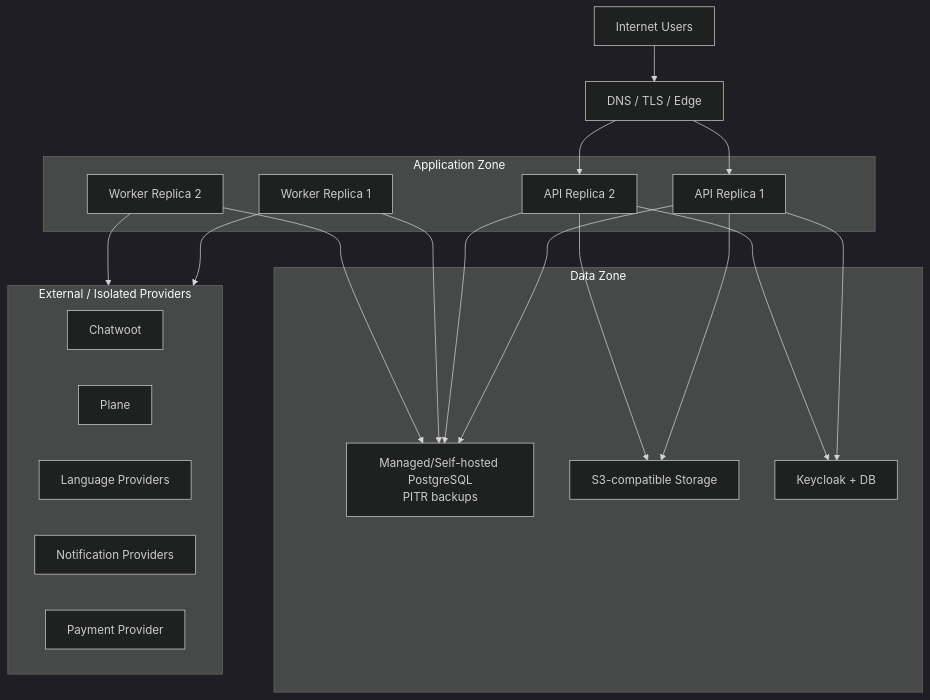
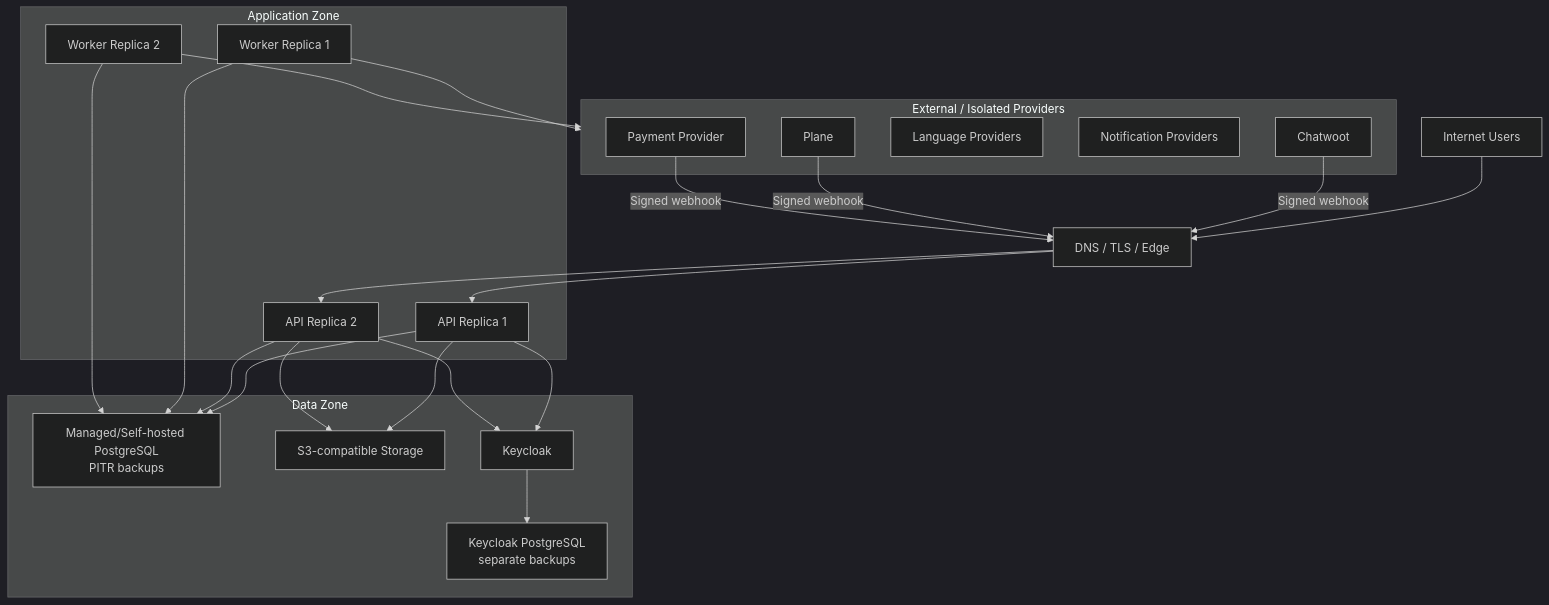
Before and after one commit to DIGITALATOM1/CIFEDRA: the tenth of 10 diagrams in knowledge/system/cifedra-hld.md, drawn with Mermaid (dark theme). The commit also changed other lines of this file and 10 other files, not shown here.

Commit message:
Approve data and service architecture

````diff
--- a/knowledge/system/cifedra-hld.md
+++ b/knowledge/system/cifedra-hld.md
@@ -904,40 +986,45 @@
 ```mermaid
 flowchart TB
   Users["Internet Users"]
   DNS["DNS / TLS / Edge"]
 
   subgraph AppZone["Application Zone"]
     API1["API Replica 1"]
     API2["API Replica 2"]
     Worker1["Worker Replica 1"]
     Worker2["Worker Replica 2"]
   end
 
   subgraph DataZone["Data Zone"]
     PG["Managed/Self-hosted PostgreSQL<br/>PITR backups"]
     Media["S3-compatible Storage"]
-    Keycloak["Keycloak + DB"]
+    Keycloak["Keycloak"]
+    KeycloakDB["Keycloak PostgreSQL<br/>separate backups"]
   end
 
   subgraph External["External / Isolated Providers"]
     Chatwoot["Chatwoot"]
     Plane["Plane"]
     Language["Language Providers"]
     Notify["Notification Providers"]
     Payment["Payment Provider"]
   end
 
   Users --> DNS
   DNS --> API1
   DNS --> API2
   API1 --> PG
   API2 --> PG
   API1 --> Media
   API2 --> Media
   API1 --> Keycloak
   API2 --> Keycloak
+  Keycloak --> KeycloakDB
   Worker1 --> PG
   Worker2 --> PG
   Worker1 --> External
   Worker2 --> External
+  Chatwoot -->|"Signed webhook"| DNS
+  Plane -->|"Signed webhook"| DNS
+  Payment -->|"Signed webhook"| DNS
 ```
````
